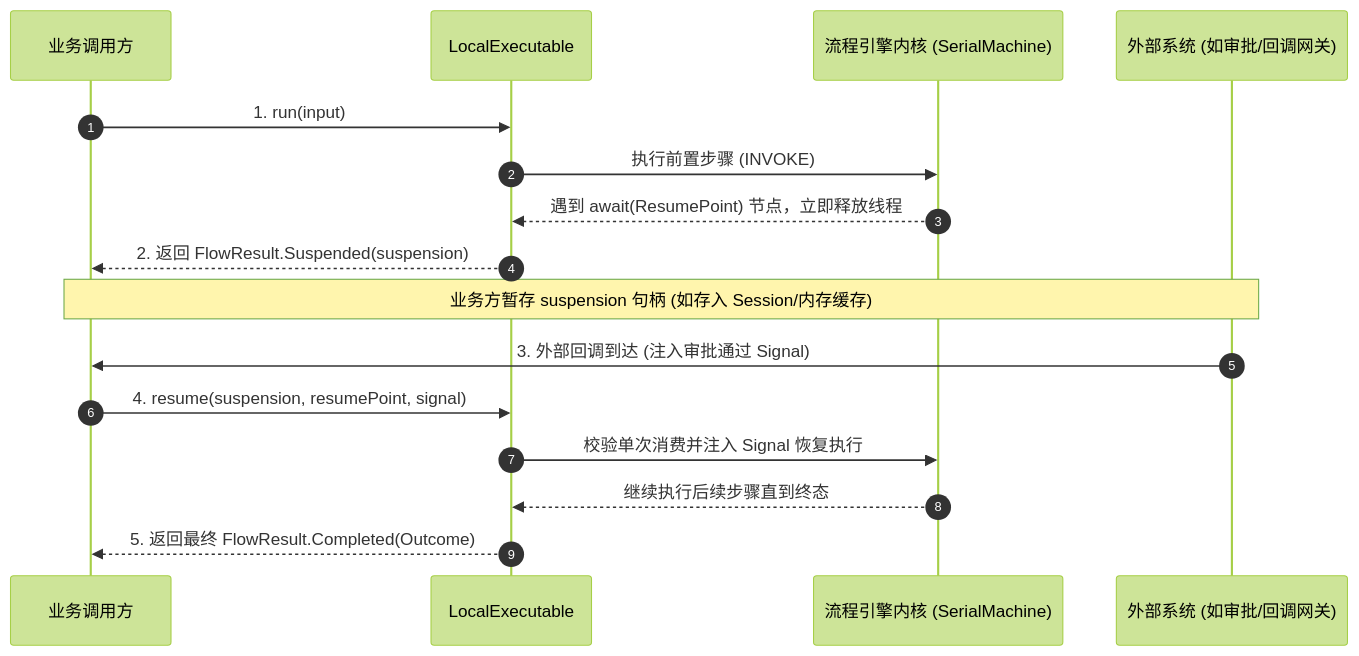
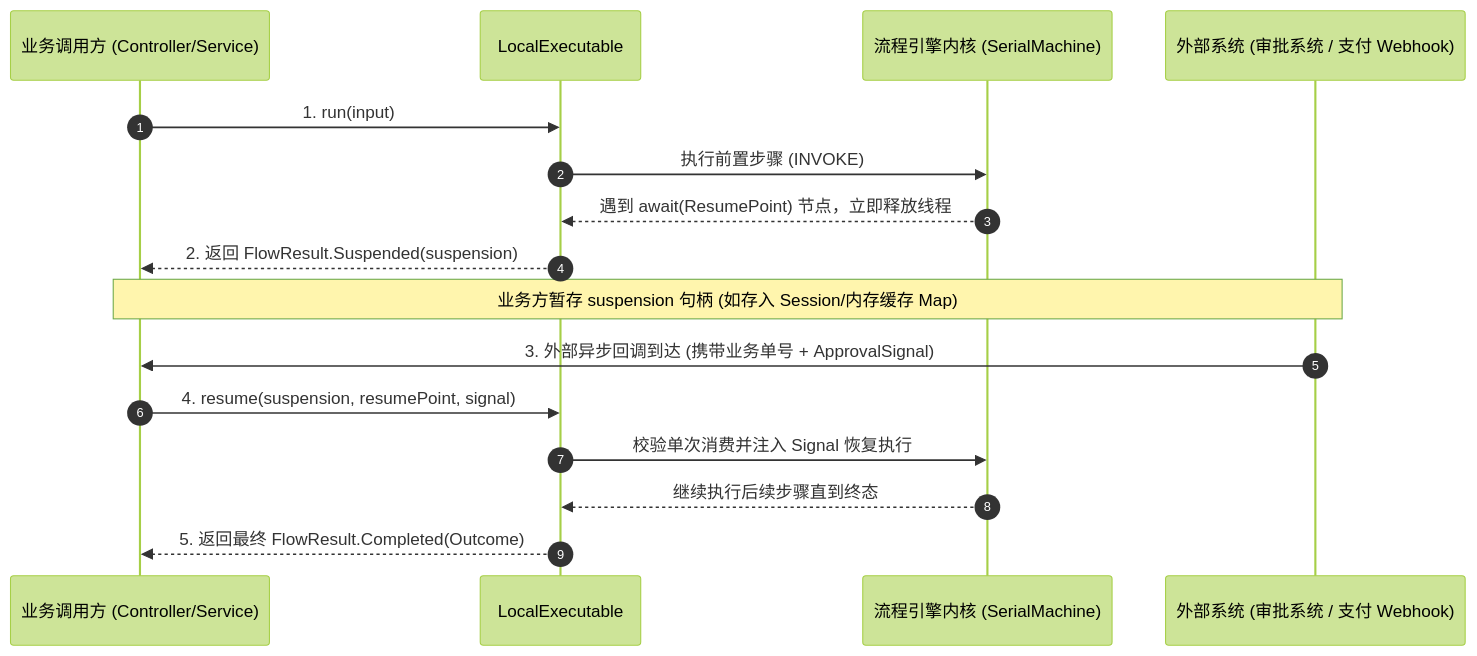
Before and after one commit to team4u/team4u-framework: the first of 3 diagrams in docs/flow/flow-suspend.md, drawn with Mermaid (forest theme). The commit also changed other lines of this file and 4 other files, not shown here.

Commit message:
docs(flow): add practical recipes, builder breakdowns, and data extraction guides across flow docs

````diff
--- a/docs/flow/flow-suspend.md
+++ b/docs/flow/flow-suspend.md
@@ -11,21 +11,21 @@
 ```mermaid
 sequenceDiagram
     autonumber
-    participant App as 业务调用方
+    participant App as 业务调用方 (Controller/Service)
     participant Exec as LocalExecutable
     participant Flow as 流程引擎内核 (SerialMachine)
-    participant Ext as 外部系统 (如审批/回调网关)
+    participant Ext as 外部系统 (审批系统 / 支付 Webhook)
 
     App->>Exec: 1. run(input)
     Exec->>Flow: 执行前置步骤 (INVOKE)
     Flow-->>Exec: 遇到 await(ResumePoint) 节点，立即释放线程
     Exec-->>App: 2. 返回 FlowResult.Suspended(suspension)
     
-    Note over App, Ext: 业务方暂存 suspension 句柄 (如存入 Session/内存缓存)
+    Note over App, Ext: 业务方暂存 suspension 句柄 (如存入 Session/内存缓存 Map)
 
-    Ext->>App: 3. 外部回调到达 (注入审批通过 Signal)
+    Ext->>App: 3. 外部异步回调到达 (携带业务单号 + ApprovalSignal)
     App->>Exec: 4. resume(suspension, resumePoint, signal)
     Exec->>Flow: 校验单次消费并注入 Signal 恢复执行
     Flow-->>Exec: 继续执行后续步骤直到终态
     Exec-->>App: 5. 返回最终 FlowResult.Completed(Outcome)
 ```
````
